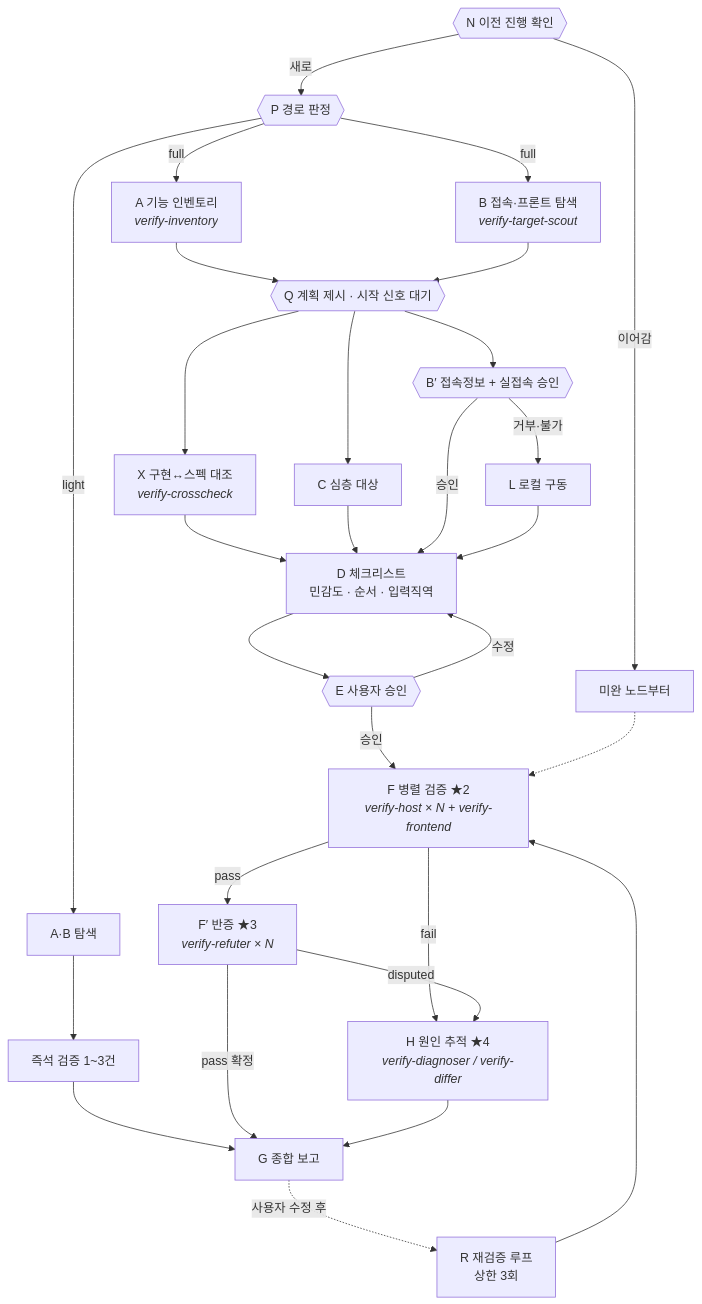
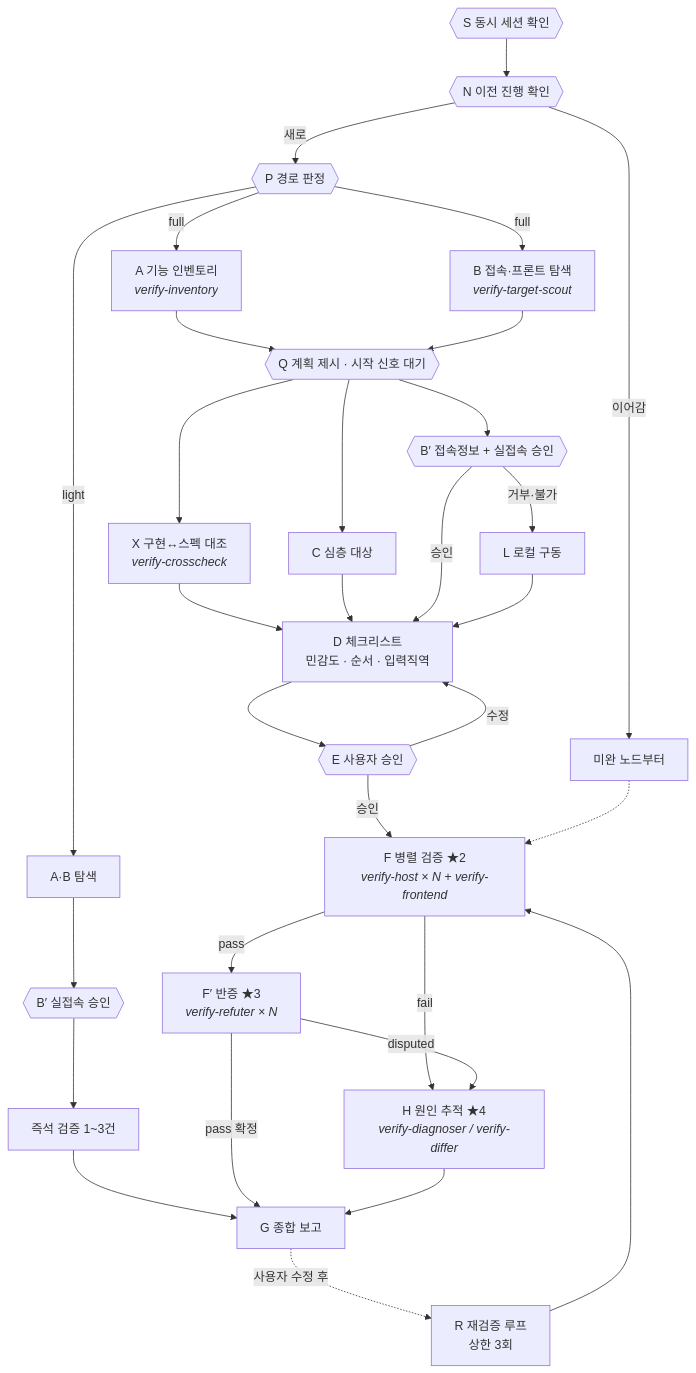
The diagram in verify-impl/SKILL.md (jollaman999/jolla-s-super-skills), drawn with Mermaid before and after one commit. The commit also changed 5 other files, not shown here.

````diff
--- a/verify-impl/SKILL.md
+++ b/verify-impl/SKILL.md
@@ -69,29 +69,30 @@
 ```mermaid
 flowchart TD
-  N{{"N 이전 진행 확인"}} -->|이어감| RESUME[미완 노드부터]
+  S{{"S 동시 세션 확인"}} --> N{{"N 이전 진행 확인"}}
+  N -->|이어감| RESUME[미완 노드부터]
   N -->|새로| P{{"P 경로 판정"}}
-  P -->|light| LA["A·B 탐색"] --> LV["즉석 검증 1~3건"] --> G
+  P -->|light| LA["A·B 탐색"] --> LB2{{"B′ 실접속 승인"}} --> LV["즉석 검증 1~3건"] --> G
   P -->|full| A["A 기능 인벤토리<br/><i>verify-inventory</i>"]
   P -->|full| B["B 접속·프론트 탐색<br/><i>verify-target-scout</i>"]
   A --> Q{{"Q 계획 제시 · 시작 신호 대기"}}
   B --> Q
   Q --> X["X 구현↔스펙 대조<br/><i>verify-crosscheck</i>"]
   Q --> C[C 심층 대상]
   Q --> B2{{"B′ 접속정보 + 실접속 승인"}}
   B2 -->|거부·불가| L[L 로컬 구동]
   X --> D["D 체크리스트<br/>민감도 · 순서 · 입력직역"]
   C --> D
   B2 -->|승인| D
   L --> D
   D --> E{{"E 사용자 승인"}}
   E -->|수정| D
   E -->|승인| F["F 병렬 검증 ★2<br/><i>verify-host × N + verify-frontend</i>"]
   F -->|pass| F2["F′ 반증 ★3<br/><i>verify-refuter × N</i>"]
   F -->|fail| H["H 원인 추적 ★4<br/><i>verify-diagnoser / verify-differ</i>"]
   F2 -->|disputed| H
   F2 -->|pass 확정| G[G 종합 보고]
   H --> G
   G -.->|사용자 수정 후| R["R 재검증 루프<br/>상한 3회"]
   R --> F
   RESUME -.-> F
 ```
````
